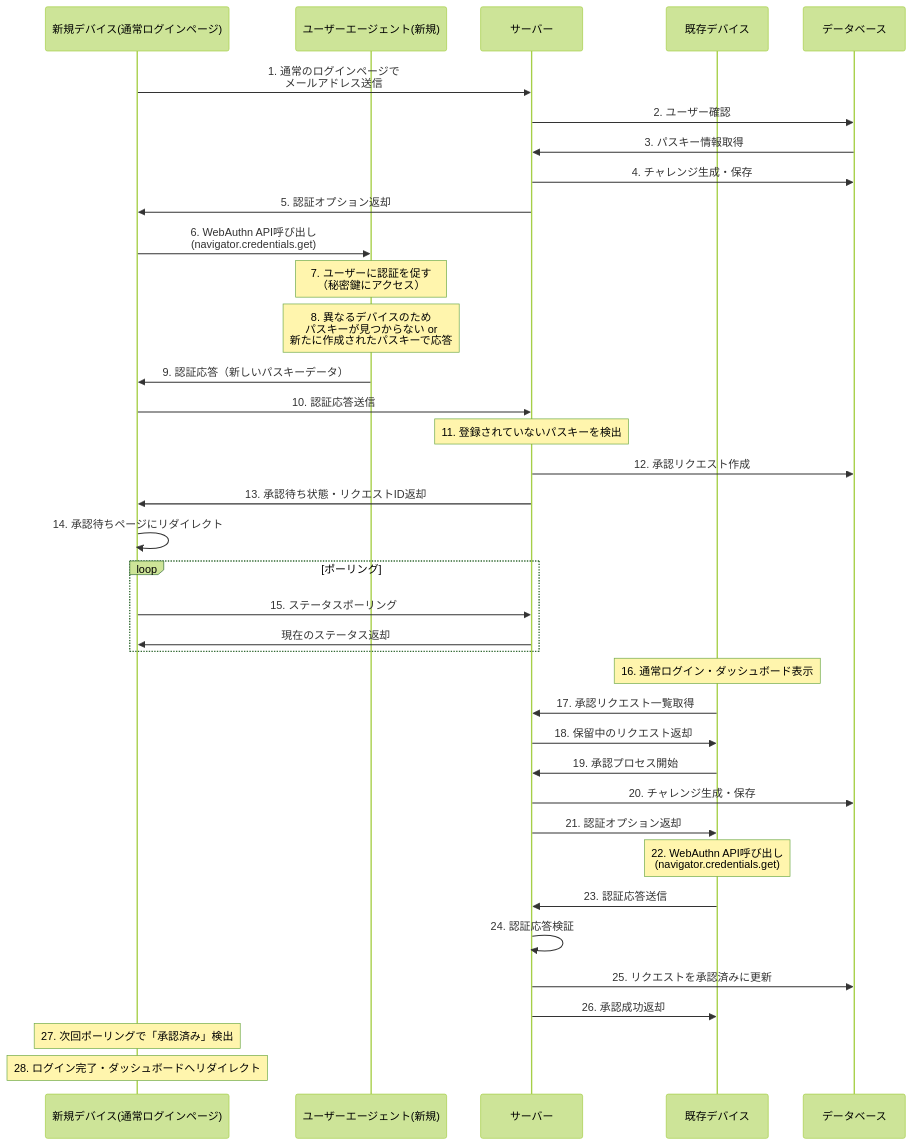
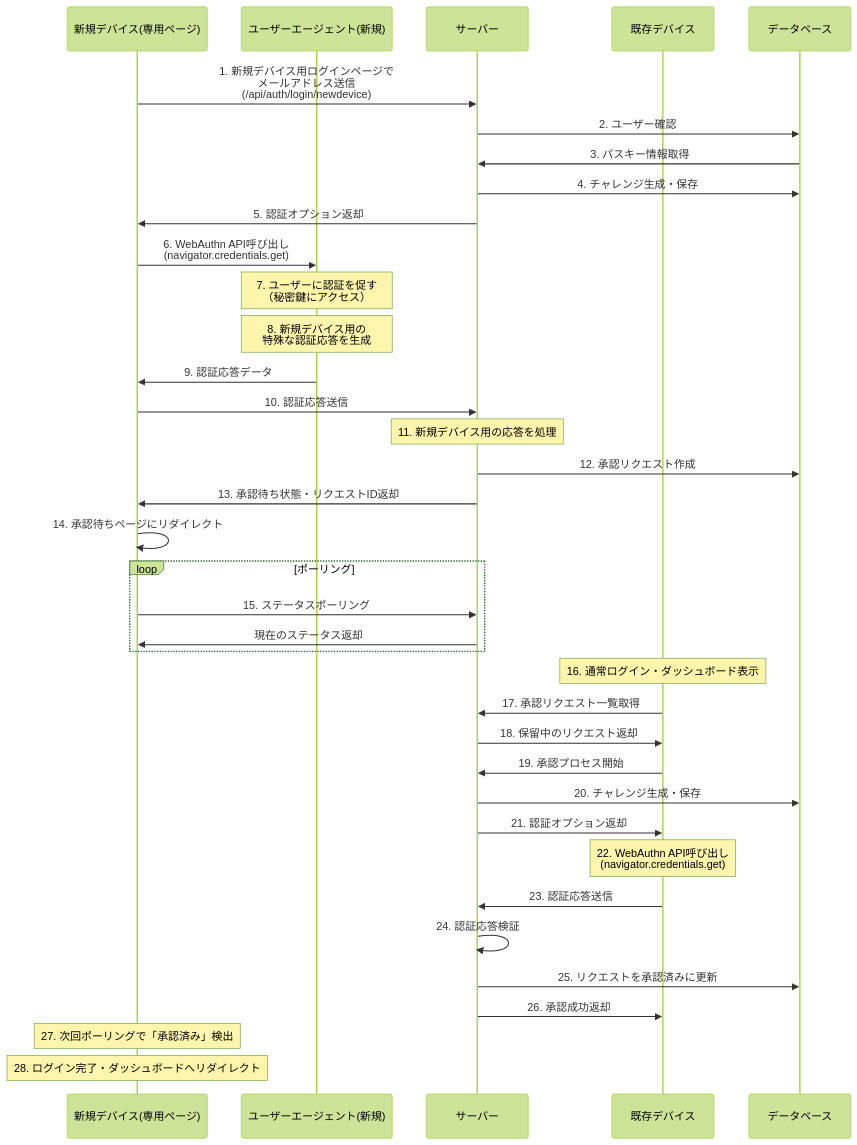
Before and after one commit to lirlia/100day_challenge_backend: the third of 4 diagrams in day7_passkey_auth/README.md, drawn with Mermaid (forest theme).

Commit message:
docs: 新規デバイスログインの専用エンドポイントを明確化

````diff
--- a/day7_passkey_auth/README.md
+++ b/day7_passkey_auth/README.md
@@ -203,45 +203,45 @@
 ```mermaid
 sequenceDiagram
-    participant 新デバイス as 新規デバイス(通常ログインページ)
+    participant 新デバイス as 新規デバイス(専用ページ)
     participant UA as ユーザーエージェント(新規)
     participant サーバー as サーバー
     participant 既存デバイス as 既存デバイス
     participant DB as データベース
     
-    新デバイス->>サーバー: 1. 通常のログインページで<br>メールアドレス送信
+    新デバイス->>サーバー: 1. 新規デバイス用ログインページで<br>メールアドレス送信<br>(/api/auth/login/newdevice)
     サーバー->>DB: 2. ユーザー確認
     DB->>サーバー: 3. パスキー情報取得
     サーバー->>DB: 4. チャレンジ生成・保存
     サーバー->>新デバイス: 5. 認証オプション返却
     
     新デバイス->>UA: 6. WebAuthn API呼び出し<br>(navigator.credentials.get)
     Note over UA: 7. ユーザーに認証を促す<br>（秘密鍵にアクセス）
-    Note over UA: 8. 異なるデバイスのため<br>パスキーが見つからない or<br>新たに作成されたパスキーで応答
-    UA->>新デバイス: 9. 認証応答（新しいパスキーデータ）
+    Note over UA: 8. 新規デバイス用の<br>特殊な認証応答を生成
+    UA->>新デバイス: 9. 認証応答データ
     
     新デバイス->>サーバー: 10. 認証応答送信
-    Note over サーバー: 11. 登録されていないパスキーを検出
+    Note over サーバー: 11. 新規デバイス用の応答を処理
     サーバー->>DB: 12. 承認リクエスト作成
     サーバー->>新デバイス: 13. 承認待ち状態・リクエストID返却
     新デバイス->>新デバイス: 14. 承認待ちページにリダイレクト
     
     loop ポーリング
         新デバイス->>サーバー: 15. ステータスポーリング
         サーバー->>新デバイス: 現在のステータス返却
     end
     
     Note over 既存デバイス: 16. 通常ログイン・ダッシュボード表示
     既存デバイス->>サーバー: 17. 承認リクエスト一覧取得
     サーバー->>既存デバイス: 18. 保留中のリクエスト返却
     既存デバイス->>サーバー: 19. 承認プロセス開始
     サーバー->>DB: 20. チャレンジ生成・保存
     サーバー->>既存デバイス: 21. 認証オプション返却
     Note over 既存デバイス: 22. WebAuthn API呼び出し<br>(navigator.credentials.get)
     既存デバイス->>サーバー: 23. 認証応答送信
     サーバー->>サーバー: 24. 認証応答検証
     サーバー->>DB: 25. リクエストを承認済みに更新
     サーバー->>既存デバイス: 26. 承認成功返却
     
     Note over 新デバイス: 27. 次回ポーリングで「承認済み」検出
     Note over 新デバイス: 28. ログイン完了・ダッシュボードへリダイレクト
 ```
````
